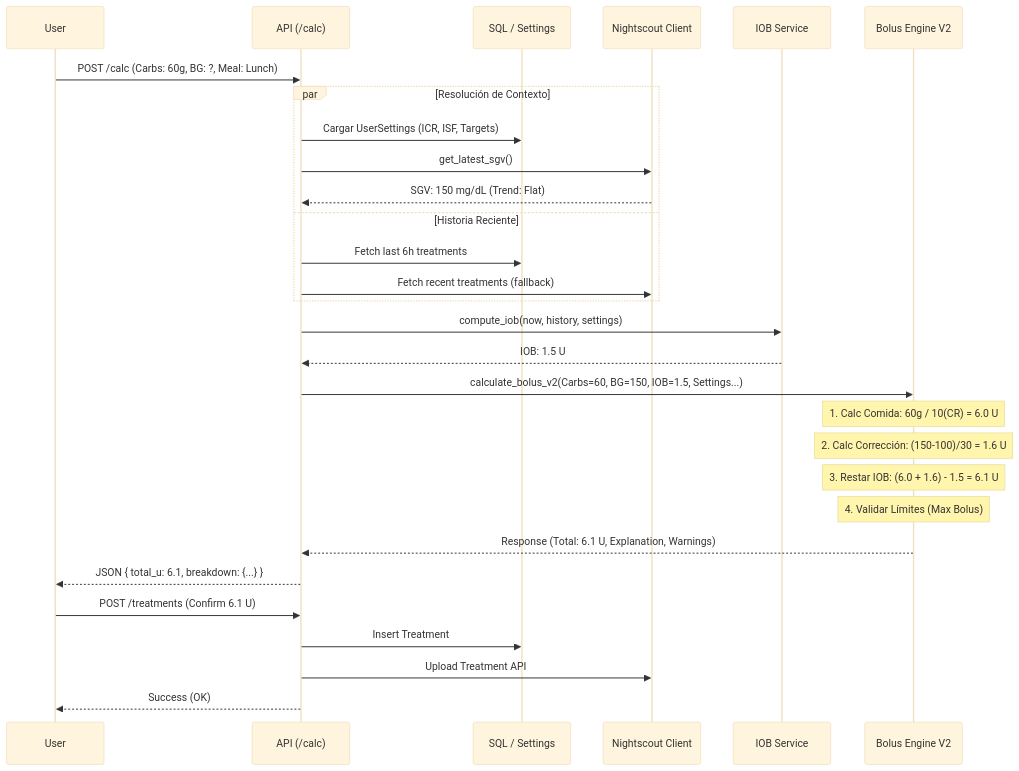
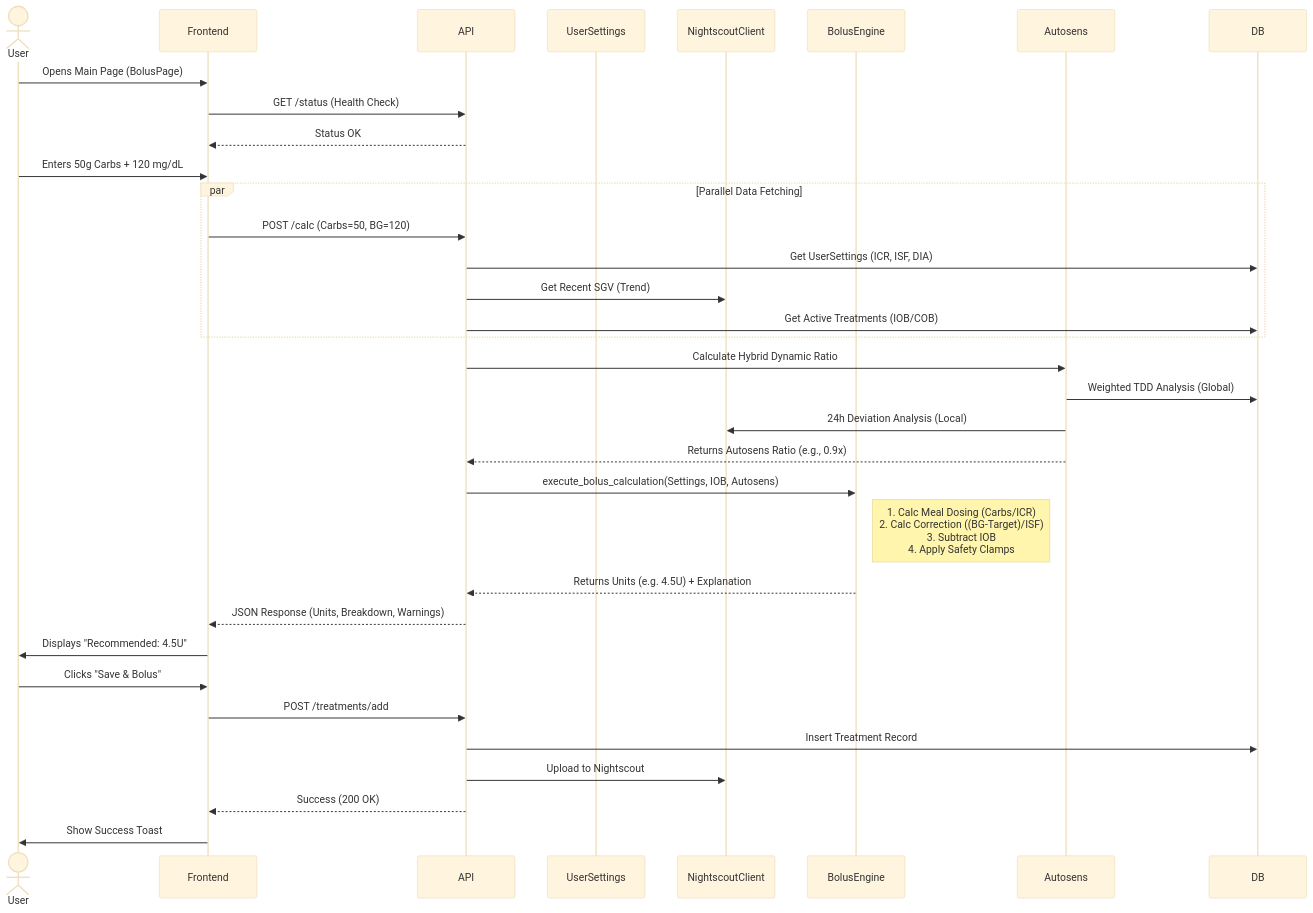
Before and after one commit to DanielGTdiabetes/bolus_ai: the second of 3 diagrams in docs/ARCHITECTURE_MAP.md, drawn with Mermaid (base theme). The commit also changed other lines of this file, not shown here.

````diff
--- a/docs/ARCHITECTURE_MAP.md
+++ b/docs/ARCHITECTURE_MAP.md
@@ -93,38 +95,43 @@
 ```mermaid
 sequenceDiagram
-    participant User
-    participant API as API (/calc)
-    participant DB as SQL / Settings
-    participant NS as Nightscout Client
-    participant IOB as IOB Service
-    participant ENGINE as Bolus Engine V2
+    actor User
+    participant Frontend
+    participant API
+    participant UserSettings
+    participant NS_Client as NightscoutClient
+    participant Calc as BolusEngine
+    participant Autosens
+    participant DB
 
-    User->>API: POST /calc (Carbs: 60g, BG: ?, Meal: Lunch)
+    User->>Frontend: Opens Main Page (BolusPage)
+    Frontend->>API: GET /status (Health Check)
+    API-->>Frontend: Status OK
+
+    User->>Frontend: Enters 50g Carbs + 120 mg/dL
     
-    par Resolución de Contexto
-        API->>DB: Cargar UserSettings (ICR, ISF, Targets)
-        API->>NS: get_latest_sgv()
-        NS-->>API: SGV: 150 mg/dL (Trend: Flat)
-    and Historia Reciente
-        API->>DB: Fetch last 6h treatments
-        API->>NS: Fetch recent treatments (fallback)
+    par Parallel Data Fetching
+        Frontend->>API: POST /calc (Carbs=50, BG=120)
+        API->>DB: Get UserSettings (ICR, ISF, DIA)
+        API->>NS_Client: Get Recent SGV (Trend)
+        API->>DB: Get Active Treatments (IOB/COB)
     end
 
-    API->>IOB: compute_iob(now, history, settings)
-    IOB-->>API: IOB: 1.5 U
+    API->>Autosens: Calculate Hybrid Dynamic Ratio
+    Autosens->>DB: Weighted TDD Analysis (Global)
+    Autosens->>NS_Client: 24h Deviation Analysis (Local)
+    Autosens-->>API: Returns Autosens Ratio (e.g., 0.9x)
 
-    API->>ENGINE: calculate_bolus_v2(Carbs=60, BG=150, IOB=1.5, Settings...)
-    
-    note over ENGINE: 1. Calc Comida: 60g / 10(CR) = 6.0 U
-    note over ENGINE: 2. Calc Corrección: (150-100)/30 = 1.6 U
-    note over ENGINE: 3. Restar IOB: (6.0 + 1.6) - 1.5 = 6.1 U
-    note over ENGINE: 4. Validar Límites (Max Bolus)
-    
-    ENGINE-->>API: Response (Total: 6.1 U, Explanation, Warnings)
-    API-->>User: JSON { total_u: 6.1, breakdown: {...} }
+    API->>Calc: execute_bolus_calculation(Settings, IOB, Autosens)
+    Note right of Calc: 1. Calc Meal Dosing (Carbs/ICR)<br/>2. Calc Correction ((BG-Target)/ISF)<br/>3. Subtract IOB<br/>4. Apply Safety Clamps
+    Calc-->>API: Returns Units (e.g. 4.5U) + Explanation
 
-    User->>API: POST /treatments (Confirm 6.1 U)
-    API->>DB: Insert Treatment
-    API->>NS: Upload Treatment API
-    API-->>User: Success (OK)
+    API-->>Frontend: JSON Response (Units, Breakdown, Warnings)
+    Frontend->>User: Displays "Recommended: 4.5U"
+
+    User->>Frontend: Clicks "Save & Bolus"
+    Frontend->>API: POST /treatments/add
+    API->>DB: Insert Treatment Record
+    API->>NS_Client: Upload to Nightscout
+    API-->>Frontend: Success (200 OK)
+    Frontend->>User: Show Success Toast
 ```
````
